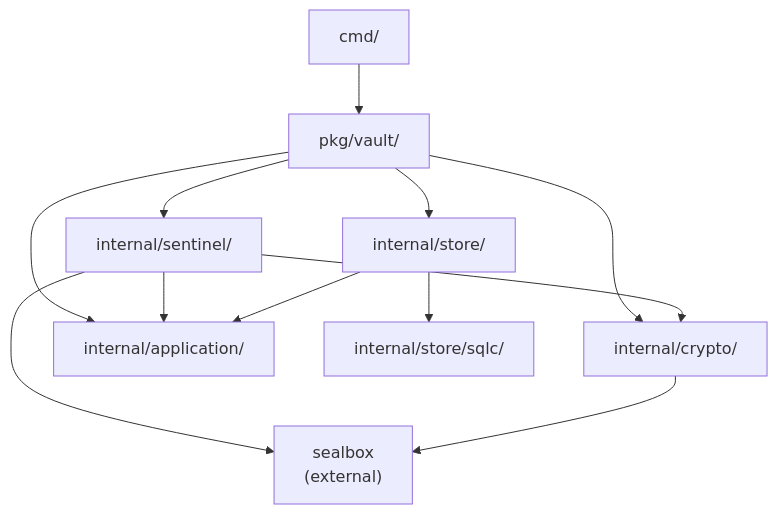
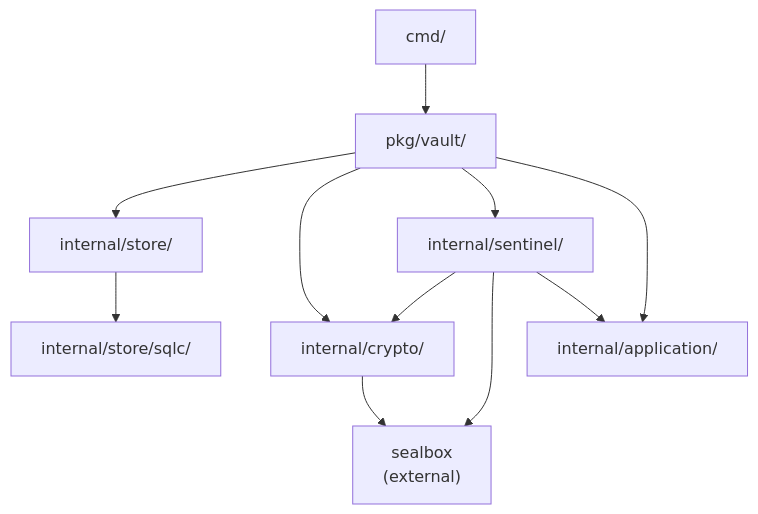
The third of 15 diagrams in docs/ARCHITECTURE.md (inovacc/anvil), drawn with Mermaid before and after one commit. The commit also changed other lines of this file and 13 other files, not shown here.

````diff
--- a/docs/ARCHITECTURE.md
+++ b/docs/ARCHITECTURE.md
@@ -95,23 +93,22 @@
 ```mermaid
 graph TD
     cmd["cmd/"]
     vault["pkg/vault/"]
     store["internal/store/"]
     crypto["internal/crypto/"]
     sentinel["internal/sentinel/"]
     app["internal/application/"]
     sqlc["internal/store/sqlc/"]
     sealbox["sealbox<br/>(external)"]
 
     cmd --> vault
     vault --> store
     vault --> crypto
     vault --> sentinel
     vault --> app
     sentinel --> crypto
     sentinel --> sealbox
     sentinel --> app
     crypto --> sealbox
     store --> sqlc
-    store --> app
 ```
````
